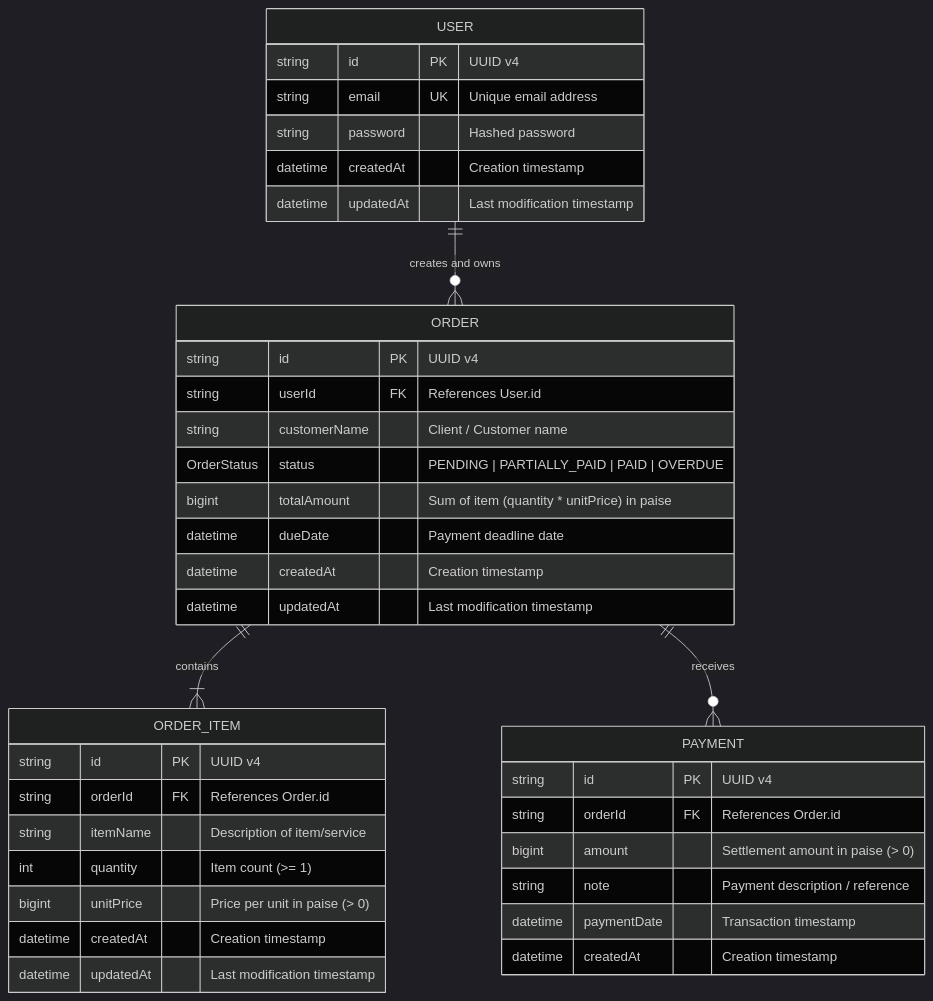
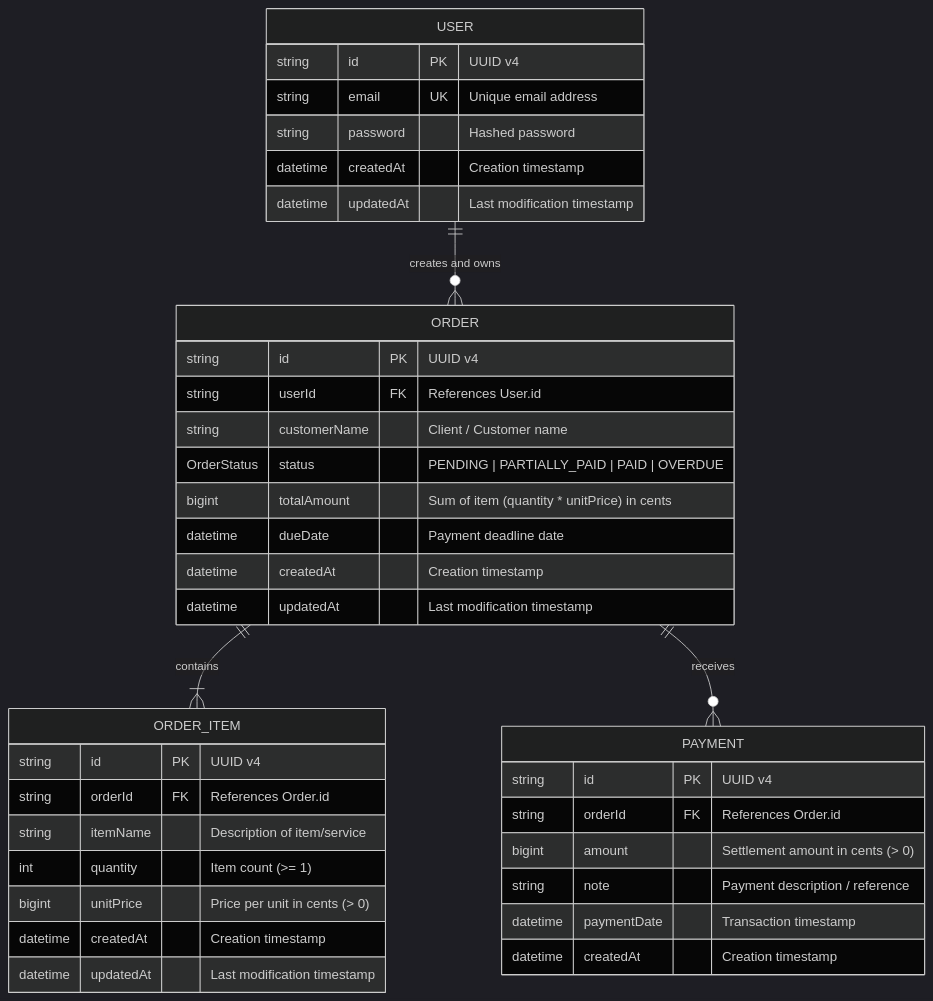
One commit to Neautrino/order-and-settlement-assignment changed the first of 3 diagrams in docs/data-model.md. Above: the diagram before and after it, drawn with Mermaid (dark theme). The commit also changed 10 other files, not shown here.

````diff
--- a/docs/data-model.md
+++ b/docs/data-model.md
@@ -77,44 +77,44 @@
 ```mermaid
 erDiagram
     USER ||--o{ ORDER : "creates and owns"
     ORDER ||--|{ ORDER_ITEM : "contains"
     ORDER ||--o{ PAYMENT : "receives"
 
     USER {
         string id PK "UUID v4"
         string email UK "Unique email address"
         string password "Hashed password"
         datetime createdAt "Creation timestamp"
         datetime updatedAt "Last modification timestamp"
     }
 
     ORDER {
         string id PK "UUID v4"
         string userId FK "References User.id"
         string customerName "Client / Customer name"
         OrderStatus status "PENDING | PARTIALLY_PAID | PAID | OVERDUE"
-        bigint totalAmount "Sum of item (quantity * unitPrice) in paise"
+        bigint totalAmount "Sum of item (quantity * unitPrice) in cents"
         datetime dueDate "Payment deadline date"
         datetime createdAt "Creation timestamp"
         datetime updatedAt "Last modification timestamp"
     }
 
     ORDER_ITEM {
         string id PK "UUID v4"
         string orderId FK "References Order.id"
         string itemName "Description of item/service"
         int quantity "Item count (>= 1)"
-        bigint unitPrice "Price per unit in paise (> 0)"
+        bigint unitPrice "Price per unit in cents (> 0)"
         datetime createdAt "Creation timestamp"
         datetime updatedAt "Last modification timestamp"
     }
 
     PAYMENT {
         string id PK "UUID v4"
         string orderId FK "References Order.id"
-        bigint amount "Settlement amount in paise (> 0)"
+        bigint amount "Settlement amount in cents (> 0)"
         string note "Payment description / reference"
         datetime paymentDate "Transaction timestamp"
         datetime createdAt "Creation timestamp"
     }
 ```
````
